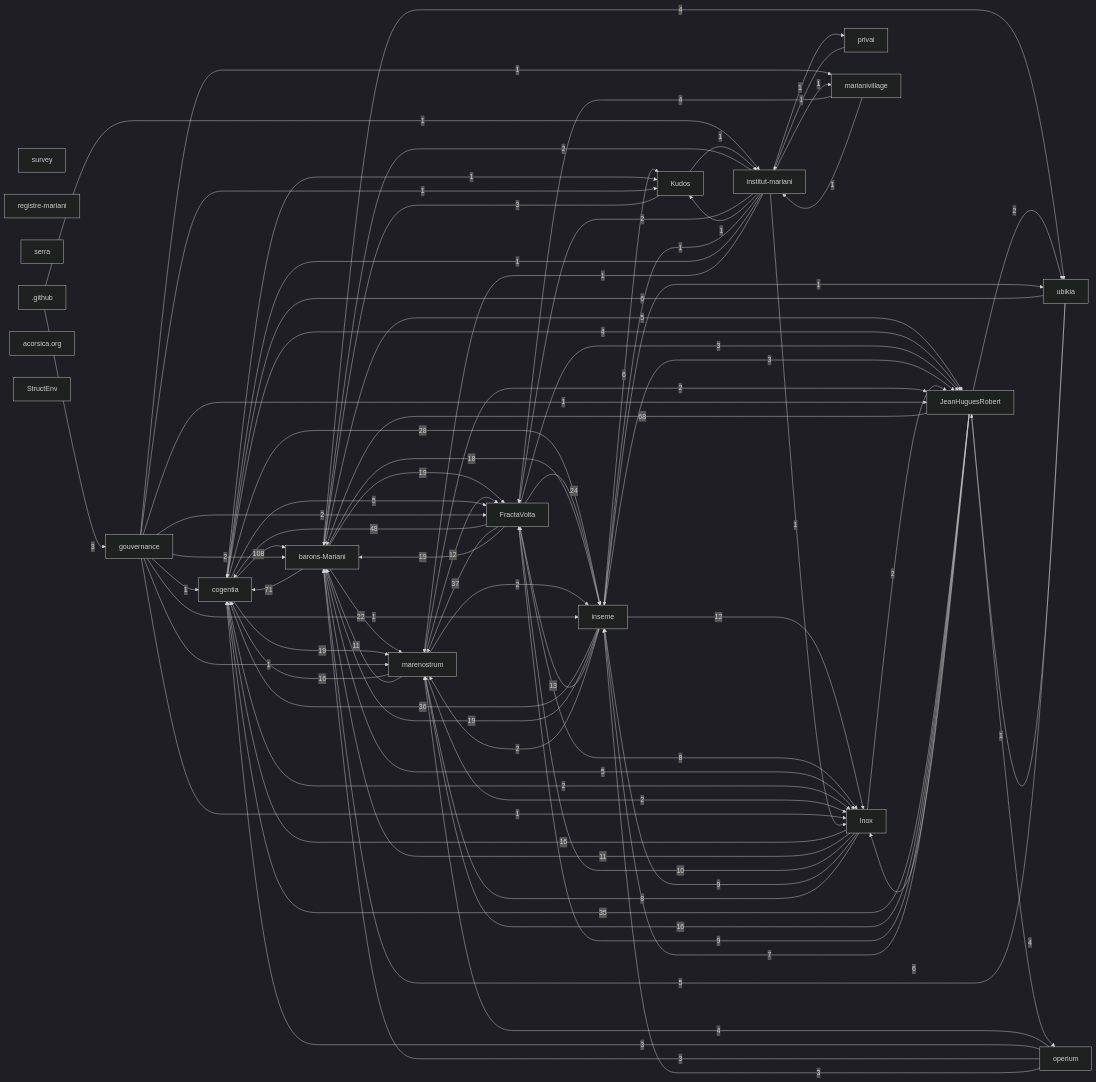
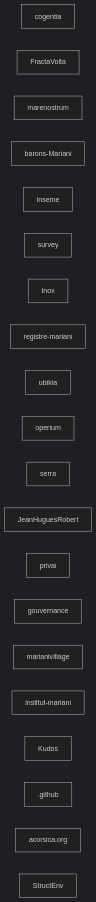
Before and after one commit to JeanHuguesRobert/cogentia: the first of 2 diagrams in research/corpus-status.md, drawn with Mermaid (dark theme). The commit also changed other lines of this file and 30 other files, not shown here.

````diff
--- a/research/corpus-status.md
+++ b/research/corpus-status.md
@@ -86,84 +86,4 @@
   r_github[".github"]
   r_acorsica_org["acorsica.org"]
   r_structenv["StructEnv"]
-  r_cogentia -->|108| r_barons_mariani
-  r_barons_mariani -->|71| r_cogentia
-  r_jeanhuguesrobert -->|68| r_barons_mariani
-  r_fractavolta -->|48| r_cogentia
-  r_fractavolta -->|37| r_marenostrum
-  r_inseme -->|36| r_cogentia
-  r_jeanhuguesrobert -->|35| r_cogentia
-  r_cogentia -->|28| r_inseme
-  r_fractavolta -->|24| r_inseme
-  r_barons_mariani -->|22| r_marenostrum
-  r_barons_mariani -->|19| r_fractavolta
-  r_cogentia -->|19| r_marenostrum
-  r_fractavolta -->|19| r_barons_mariani
-  r_inseme -->|19| r_barons_mariani
-  r_barons_mariani -->|18| r_inseme
-  r_inox -->|16| r_cogentia
-  r_jeanhuguesrobert -->|16| r_marenostrum
-  r_marenostrum -->|16| r_cogentia
-  r_inseme -->|13| r_fractavolta
-  r_inseme -->|12| r_inox
-  r_marenostrum -->|12| r_fractavolta
-  r_inox -->|11| r_barons_mariani
-  r_marenostrum -->|11| r_barons_mariani
-  r_inox -->|10| r_fractavolta
-  r_inox -->|9| r_inseme
-  r_jeanhuguesrobert -->|9| r_fractavolta
-  r_fractavolta -->|8| r_inox
-  r_inox -->|8| r_marenostrum
-  r_jeanhuguesrobert -->|7| r_inseme
-  r_inseme -->|6| r_kudos
-  r_jeanhuguesrobert -->|6| r_inox
-  r_ubikia -->|6| r_cogentia
-  r_barons_mariani -->|5| r_inox
-  r_barons_mariani -->|5| r_jeanhuguesrobert
-  r_cogentia -->|5| r_fractavolta
-  r_ubikia -->|5| r_barons_mariani
-  r_barons_mariani -->|4| r_ubikia
-  r_cogentia -->|4| r_jeanhuguesrobert
-  r_marianivillage -->|4| r_fractavolta
-  r_operium -->|4| r_marenostrum
-  r_ubikia -->|4| r_jeanhuguesrobert
-  r_github -->|3| r_gouvernance
-  r_fractavolta -->|3| r_jeanhuguesrobert
-  r_inseme -->|3| r_jeanhuguesrobert
-  r_kudos -->|3| r_barons_mariani
-  r_operium -->|3| r_cogentia
-  r_operium -->|3| r_barons_mariani
-  r_operium -->|3| r_inseme
-  r_cogentia -->|2| r_inox
-  r_gouvernance -->|2| r_barons_mariani
-  r_gouvernance -->|2| r_fractavolta
-  r_inox -->|2| r_jeanhuguesrobert
-  r_inseme -->|2| r_marenostrum
-  r_institut_mariani -->|2| r_barons_mariani
-  r_institut_mariani -->|2| r_fractavolta
-  r_jeanhuguesrobert -->|2| r_ubikia
-  r_marenostrum -->|2| r_jeanhuguesrobert
-  r_marenostrum -->|2| r_inseme
-  r_marenostrum -->|2| r_inox
-  r_github -->|1| r_institut_mariani
-  r_cogentia -->|1| r_kudos
-  r_gouvernance -->|1| r_jeanhuguesrobert
-  r_gouvernance -->|1| r_cogentia
-  r_gouvernance -->|1| r_inseme
-  r_gouvernance -->|1| r_marenostrum
-  r_gouvernance -->|1| r_inox
-  r_gouvernance -->|1| r_kudos
-  r_gouvernance -->|1| r_marianivillage
-  r_inseme -->|1| r_ubikia
-  r_institut_mariani -->|1| r_privai
-  r_institut_mariani -->|1| r_kudos
-  r_institut_mariani -->|1| r_marianivillage
-  r_institut_mariani -->|1| r_inseme
-  r_institut_mariani -->|1| r_cogentia
-  r_institut_mariani -->|1| r_marenostrum
-  r_institut_mariani -->|1| r_inox
-  r_jeanhuguesrobert -->|1| r_operium
-  r_kudos -->|1| r_institut_mariani
-  r_marianivillage -->|1| r_institut_mariani
-  r_privai -->|1| r_institut_mariani
 ```
````
